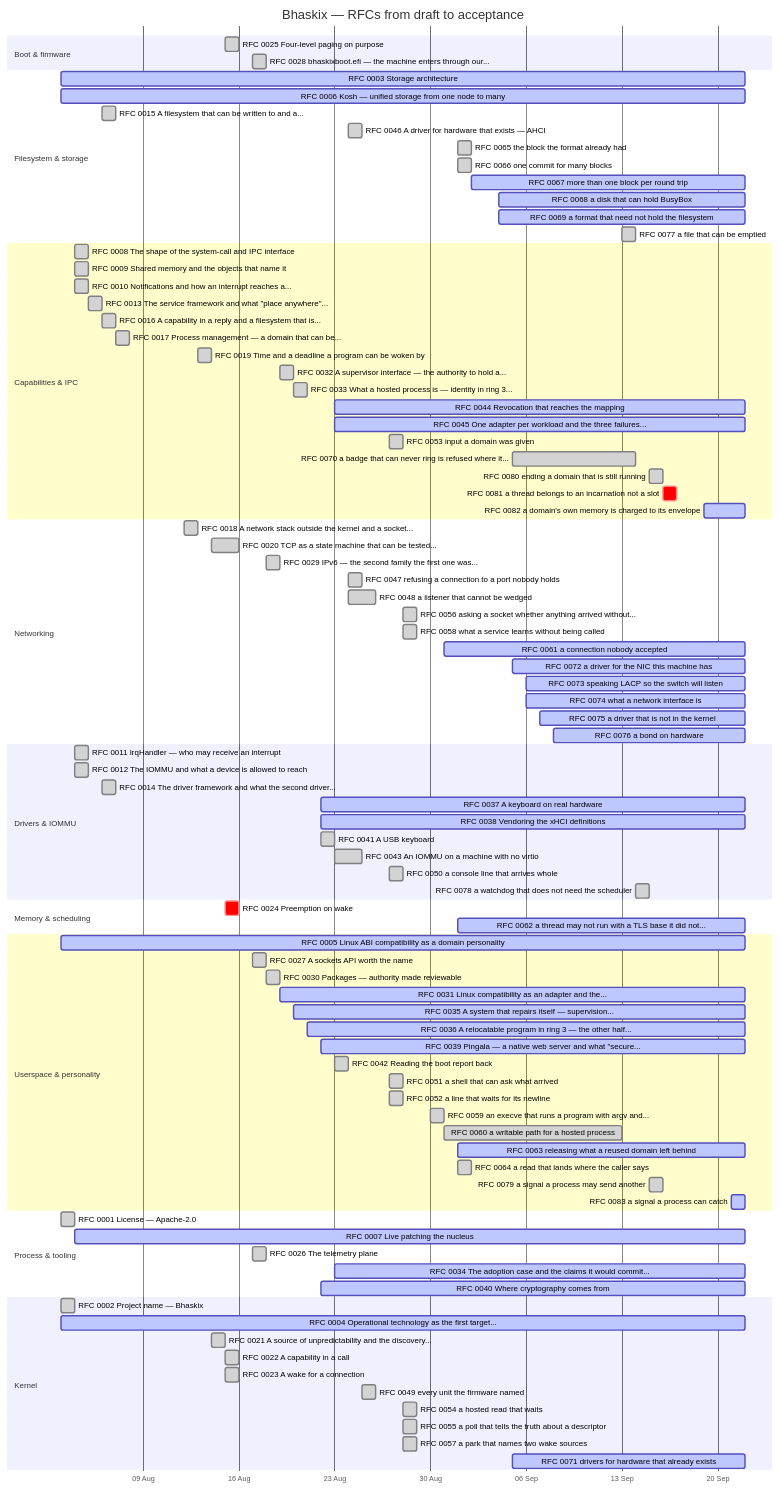
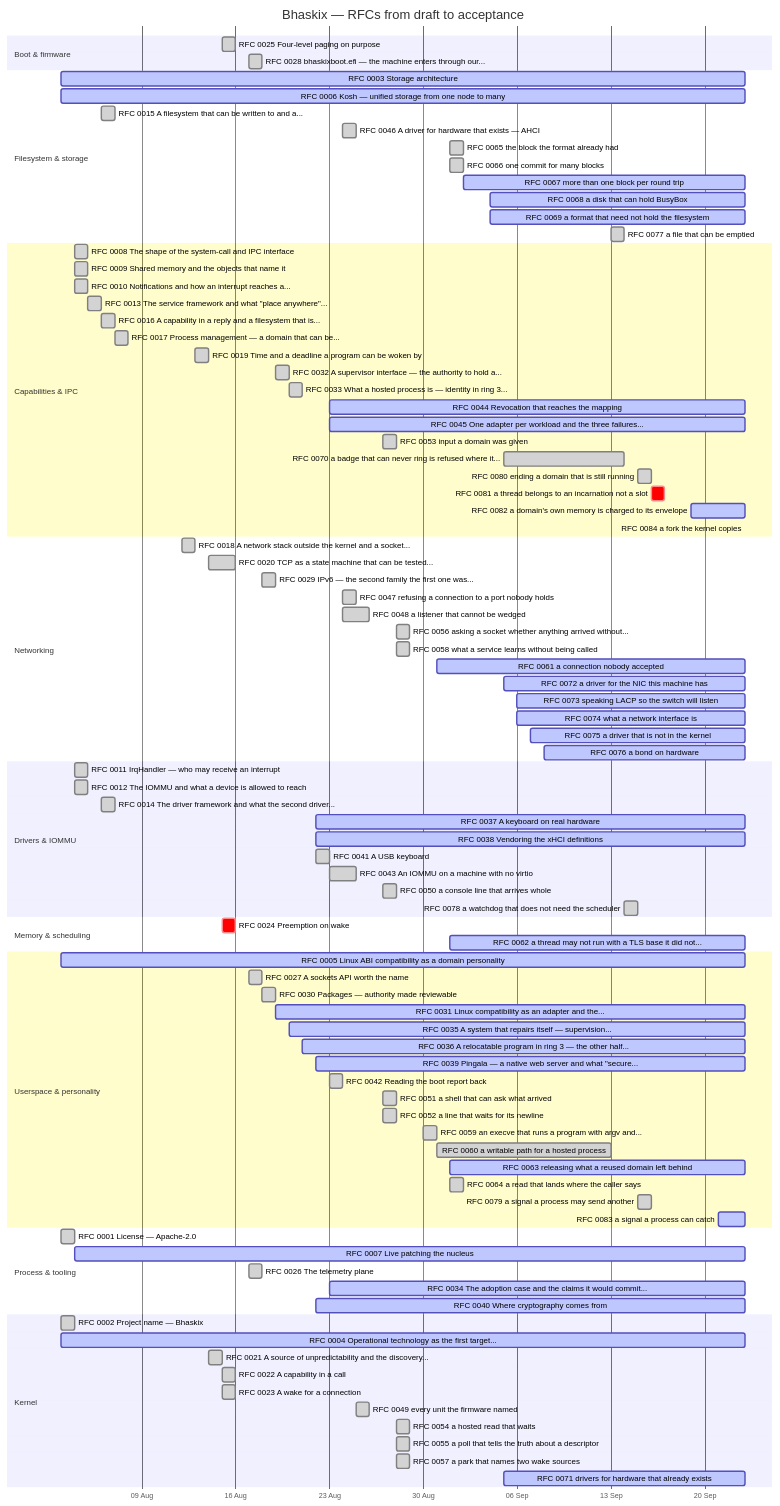
One commit to bhaskix/bhaskix changed the diagram in docs/progress.md. Above: the diagram before and after it, drawn with Mermaid. The commit also changed other lines of this file and 11 other files, not shown here.

````diff
--- a/docs/progress.md
+++ b/docs/progress.md
@@ -31,15 +31,15 @@
     RFC 0025 Four-level paging on purpose :done, r0025, 2026-08-15, 2026-08-16
     RFC 0028 bhaskixboot.efi — the machine enters through our... :done, r0028, 2026-08-17, 2026-08-18
     section Filesystem & storage
-    RFC 0003 Storage architecture :active, r0003, 2026-08-03, 2026-09-22
-    RFC 0006 Kosh — unified storage from one node to many :active, r0006, 2026-08-03, 2026-09-22
+    RFC 0003 Storage architecture :active, r0003, 2026-08-03, 2026-09-23
+    RFC 0006 Kosh — unified storage from one node to many :active, r0006, 2026-08-03, 2026-09-23
     RFC 0015 A filesystem that can be written to and a... :done, r0015, 2026-08-06, 1d
     RFC 0046 A driver for hardware that exists — AHCI :done, r0046, 2026-08-24, 1d
     RFC 0065 the block the format already had :done, r0065, 2026-09-01, 1d
     RFC 0066 one commit for many blocks :done, r0066, 2026-09-01, 1d
-    RFC 0067 more than one block per round trip :active, r0067, 2026-09-02, 2026-09-22
-    RFC 0068 a disk that can hold BusyBox :active, r0068, 2026-09-04, 2026-09-22
-    RFC 0069 a format that need not hold the filesystem :active, r0069, 2026-09-04, 2026-09-22
+    RFC 0067 more than one block per round trip :active, r0067, 2026-09-02, 2026-09-23
+    RFC 0068 a disk that can hold BusyBox :active, r0068, 2026-09-04, 2026-09-23
+    RFC 0069 a format that need not hold the filesystem :active, r0069, 2026-09-04, 2026-09-23
     RFC 0077 a file that can be emptied :done, r0077, 2026-09-13, 1d
     section Capabilities & IPC
     RFC 0008 The shape of the system-call and IPC interface :done, r0008, 2026-08-04, 1d
@@ -51,13 +51,14 @@
     RFC 0019 Time and a deadline a program can be woken by :done, r0019, 2026-08-13, 2026-08-14
     RFC 0032 A supervisor interface — the authority to hold a... :done, r0032, 2026-08-19, 2026-08-20
     RFC 0033 What a hosted process is — identity in ring 3... :done, r0033, 2026-08-20, 1d
-    RFC 0044 Revocation that reaches the mapping :active, r0044, 2026-08-23, 2026-09-22
-    RFC 0045 One adapter per workload and the three failures... :active, r0045, 2026-08-23, 2026-09-22
+    RFC 0044 Revocation that reaches the mapping :active, r0044, 2026-08-23, 2026-09-23
+    RFC 0045 One adapter per workload and the three failures... :active, r0045, 2026-08-23, 2026-09-23
     RFC 0053 input a domain was given :done, r0053, 2026-08-27, 1d
     RFC 0070 a badge that can never ring is refused where it... :done, r0070, 2026-09-05, 2026-09-14
     RFC 0080 ending a domain that is still running :done, r0080, 2026-09-15, 1d
     RFC 0081 a thread belongs to an incarnation not a slot :crit, r0081, 2026-09-16, 1d
-    RFC 0082 a domain's own memory is charged to its envelope :active, r0082, 2026-09-19, 2026-09-22
+    RFC 0082 a domain's own memory is charged to its envelope :active, r0082, 2026-09-19, 2026-09-23
+    RFC 0084 a fork the kernel copies :active, r0084, 2026-09-23, 2026-09-23
     section Networking
     RFC 0018 A network stack outside the kernel and a socket... :done, r0018, 2026-08-12, 2026-08-13
     RFC 0020 TCP as a state machine that can be tested... :done, r0020, 2026-08-14, 2026-08-16
@@ -66,51 +67,51 @@
     RFC 0048 a listener that cannot be wedged :done, r0048, 2026-08-24, 2026-08-26
     RFC 0056 asking a socket whether anything arrived without... :done, r0056, 2026-08-28, 1d
     RFC 0058 what a service learns without being called :done, r0058, 2026-08-28, 1d
-    RFC 0061 a connection nobody accepted :active, r0061, 2026-08-31, 2026-09-22
-    RFC 0072 a driver for the NIC this machine has :active, r0072, 2026-09-05, 2026-09-22
-    RFC 0073 speaking LACP so the switch will listen :active, r0073, 2026-09-06, 2026-09-22
-    RFC 0074 what a network interface is :active, r0074, 2026-09-06, 2026-09-22
-    RFC 0075 a driver that is not in the kernel :active, r0075, 2026-09-07, 2026-09-22
-    RFC 0076 a bond on hardware :active, r0076, 2026-09-08, 2026-09-22
+    RFC 0061 a connection nobody accepted :active, r0061, 2026-08-31, 2026-09-23
+    RFC 0072 a driver for the NIC this machine has :active, r0072, 2026-09-05, 2026-09-23
+    RFC 0073 speaking LACP so the switch will listen :active, r0073, 2026-09-06, 2026-09-23
+    RFC 0074 what a network interface is :active, r0074, 2026-09-06, 2026-09-23
+    RFC 0075 a driver that is not in the kernel :active, r0075, 2026-09-07, 2026-09-23
+    RFC 0076 a bond on hardware :active, r0076, 2026-09-08, 2026-09-23
     section Drivers & IOMMU
     RFC 0011 IrqHandler — who may receive an interrupt :done, r0011, 2026-08-04, 1d
     RFC 0012 The IOMMU and what a device is allowed to reach :done, r0012, 2026-08-04, 1d
     RFC 0014 The driver framework and what the second driver... :done, r0014, 2026-08-06, 1d
-    RFC 0037 A keyboard on real hardware :active, r0037, 2026-08-22, 2026-09-22
-    RFC 0038 Vendoring the xHCI definitions :active, r0038, 2026-08-22, 2026-09-22
+    RFC 0037 A keyboard on real hardware :active, r0037, 2026-08-22, 2026-09-23
+    RFC 0038 Vendoring the xHCI definitions :active, r0038, 2026-08-22, 2026-09-23
     RFC 0041 A USB keyboard :done, r0041, 2026-08-22, 2026-08-23
     RFC 0043 An IOMMU on a machine with no virtio :done, r0043, 2026-08-23, 2026-08-25
     RFC 0050 a console line that arrives whole :done, r0050, 2026-08-27, 1d
     RFC 0078 a watchdog that does not need the scheduler :done, r0078, 2026-09-14, 2026-09-15
     section Memory & scheduling
     RFC 0024 Preemption on wake :crit, r0024, 2026-08-15, 1d
-    RFC 0062 a thread may not run with a TLS base it did not... :active, r0062, 2026-09-01, 2026-09-22
+    RFC 0062 a thread may not run with a TLS base it did not... :active, r0062, 2026-09-01, 2026-09-23
     section Userspace & personality
-    RFC 0005 Linux ABI compatibility as a domain personality :active, r0005, 2026-08-03, 2026-09-22
+    RFC 0005 Linux ABI compatibility as a domain personality :active, r0005, 2026-08-03, 2026-09-23
     RFC 0027 A sockets API worth the name :done, r0027, 2026-08-17, 1d
     RFC 0030 Packages — authority made reviewable :done, r0030, 2026-08-18, 2026-08-19
-    RFC 0031 Linux compatibility as an adapter and the... :active, r0031, 2026-08-19, 2026-09-22
-    RFC 0035 A system that repairs itself — supervision... :active, r0035, 2026-08-20, 2026-09-22
-    RFC 0036 A relocatable program in ring 3 — the other half... :active, r0036, 2026-08-21, 2026-09-22
-    RFC 0039 Pingala — a native web server and what "secure... :active, r0039, 2026-08-22, 2026-09-22
+    RFC 0031 Linux compatibility as an adapter and the... :active, r0031, 2026-08-19, 2026-09-23
+    RFC 0035 A system that repairs itself — supervision... :active, r0035, 2026-08-20, 2026-09-23
+    RFC 0036 A relocatable program in ring 3 — the other half... :active, r0036, 2026-08-21, 2026-09-23
+    RFC 0039 Pingala — a native web server and what "secure... :active, r0039, 2026-08-22, 2026-09-23
     RFC 0042 Reading the boot report back :done, r0042, 2026-08-23, 1d
     RFC 0051 a shell that can ask what arrived :done, r0051, 2026-08-27, 1d
     RFC 0052 a line that waits for its newline :done, r0052, 2026-08-27, 1d
     RFC 0059 an execve that runs a program with argv and... :done, r0059, 2026-08-30, 1d
     RFC 0060 a writable path for a hosted process :done, r0060, 2026-08-31, 2026-09-13
-    RFC 0063 releasing what a reused domain left behind :active, r0063, 2026-09-01, 2026-09-22
+    RFC 0063 releasing what a reused domain left behind :active, r0063, 2026-09-01, 2026-09-23
     RFC 0064 a read that lands where the caller says :done, r0064, 2026-09-01, 1d
     RFC 0079 a signal a process may send another :done, r0079, 2026-09-15, 1d
-    RFC 0083 a signal a process can catch :active, r0083, 2026-09-21, 2026-09-22
+    RFC 0083 a signal a process can catch :active, r0083, 2026-09-21, 2026-09-23
     section Process & tooling
     RFC 0001 License — Apache-2.0 :done, r0001, 2026-08-03, 1d
-    RFC 0007 Live patching the nucleus :active, r0007, 2026-08-04, 2026-09-22
+    RFC 0007 Live patching the nucleus :active, r0007, 2026-08-04, 2026-09-23
     RFC 0026 The telemetry plane :done, r0026, 2026-08-17, 1d
-    RFC 0034 The adoption case and the claims it would commit... :active, r0034, 2026-08-23, 2026-09-22
-    RFC 0040 Where cryptography comes from :active, r0040, 2026-08-22, 2026-09-22
+    RFC 0034 The adoption case and the claims it would commit... :active, r0034, 2026-08-23, 2026-09-23
+    RFC 0040 Where cryptography comes from :active, r0040, 2026-08-22, 2026-09-23
     section Kernel
     RFC 0002 Project name — Bhaskix :done, r0002, 2026-08-03, 1d
-    RFC 0004 Operational technology as the first target... :active, r0004, 2026-08-03, 2026-09-22
+    RFC 0004 Operational technology as the first target... :active, r0004, 2026-08-03, 2026-09-23
     RFC 0021 A source of unpredictability and the discovery... :done, r0021, 2026-08-14, 1d
     RFC 0022 A capability in a call :done, r0022, 2026-08-15, 2026-08-16
     RFC 0023 A wake for a connection :done, r0023, 2026-08-15, 2026-08-16
@@ -118,5 +119,5 @@
     RFC 0054 a hosted read that waits :done, r0054, 2026-08-28, 1d
     RFC 0055 a poll that tells the truth about a descriptor :done, r0055, 2026-08-28, 1d
     RFC 0057 a park that names two wake sources :done, r0057, 2026-08-28, 1d
-    RFC 0071 drivers for hardware that already exists :active, r0071, 2026-09-05, 2026-09-22
+    RFC 0071 drivers for hardware that already exists :active, r0071, 2026-09-05, 2026-09-23
 ```
````
